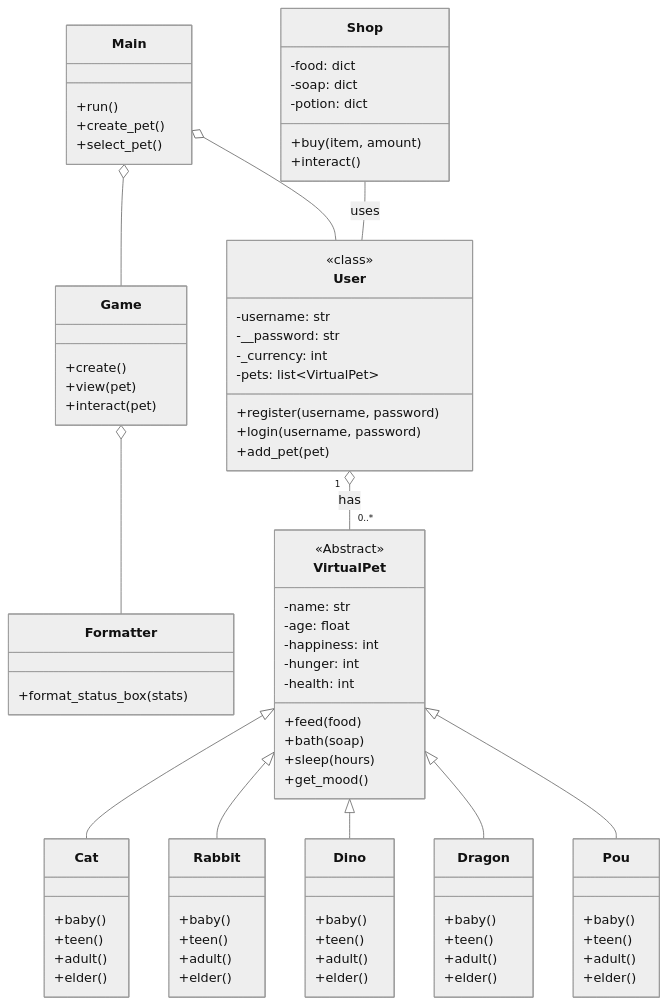
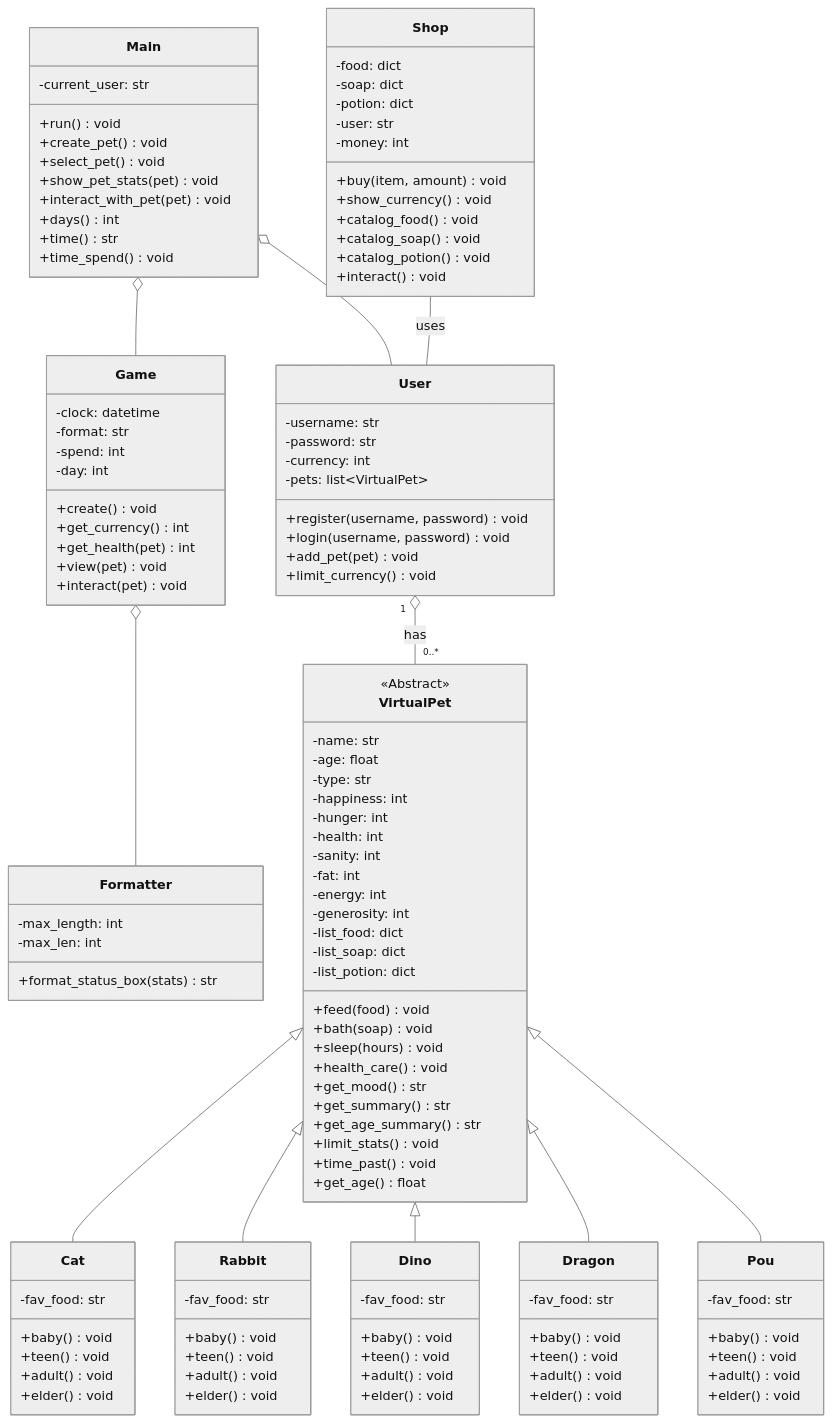
One commit to Jess2Jes/Virtual-Pet-Game changed the diagram in READMEID.md. Above: the diagram before and after it, drawn with Mermaid (neutral theme).

````diff
--- a/READMEID.md
+++ b/READMEID.md
@@ -83,76 +83,115 @@
 ```mermaid
 classDiagram
     class Main {
-        +run()
-        +create_pet()
-        +select_pet()
+        +run() void
+        -current_user: str
+        +create_pet() void
+        +select_pet() void
+        +show_pet_stats(pet) void
+        +interact_with_pet(pet) void
+        +days() int
+        +time() str
+        +time_spend() void
     }
     class User {
-        <<class>>
-        +register(username, password)
-        +login(username, password)
+        +register(username, password) void
+        +login(username, password) void
         -username: str
-        -__password: str
-        -_currency: int
+        -password: str
+        -currency: int
         -pets: list~VirtualPet~
-        +add_pet(pet)
+        +add_pet(pet) void
+        +limit_currency() void
     }
     class Game {
-        +create()
-        +view(pet)
-        +interact(pet)
+        -clock: datetime
+        -format: str
+        -spend: int
+        -day: int
+        +create() void
+        +get_currency() int
+        +get_health(pet) int
+        +view(pet) void
+        +interact(pet) void
     }
     class Shop {
         -food: dict
         -soap: dict
         -potion: dict
-        +buy(item, amount)
-        +interact()
+        -user: str
+        -money: int
+        +buy(item, amount) void
+        +show_currency() void
+        +catalog_food() void
+        +catalog_soap() void
+        +catalog_potion() void
+        +interact() void
     }
     class Formatter {
-        +format_status_box(stats)
+        -max_length: int
+        -max_len: int
+        +format_status_box(stats) str
     }
     class VirtualPet {
         <<Abstract>>
         -name: str
         -age: float
+        -type: str
         -happiness: int
         -hunger: int
         -health: int
-        +feed(food)
-        +bath(soap)
-        +sleep(hours)
-        +get_mood()
+        -sanity: int
+        -fat: int
+        -energy: int
+        -generosity: int
+        -list_food: dict
+        -list_soap: dict
+        -list_potion: dict
+        +feed(food) void
+        +bath(soap) void
+        +sleep(hours) void
+        +health_care() void
+        +get_mood() str
+        +get_summary() str
+        +get_age_summary() str
+        +limit_stats() void
+        +time_past() void
+        +get_age() float
     }
     class Cat {
-        +baby()
-        +teen()
-        +adult()
-        +elder()
+        -fav_food: str
+        +baby() void
+        +teen() void
+        +adult() void
+        +elder() void
     }
     class Rabbit {
-        +baby()
-        +teen()
-        +adult()
-        +elder()
+        -fav_food: str
+        +baby() void
+        +teen() void
+        +adult() void
+        +elder() void
     }
     class Dino {
-        +baby()
-        +teen()
-        +adult()
-        +elder()
+        -fav_food: str
+        +baby() void
+        +teen() void
+        +adult() void
+        +elder() void
     }
     class Dragon {
-        +baby()
-        +teen()
-        +adult()
-        +elder()
+        -fav_food: str
+        +baby() void
+        +teen() void
+        +adult() void
+        +elder() void
     }
     class Pou {
-        +baby()
-        +teen()
-        +adult()
-        +elder()
+        -fav_food: str
+        +baby() void
+        +teen() void
+        +adult() void
+        +elder() void
     }
 
     Main o-- Game
````
